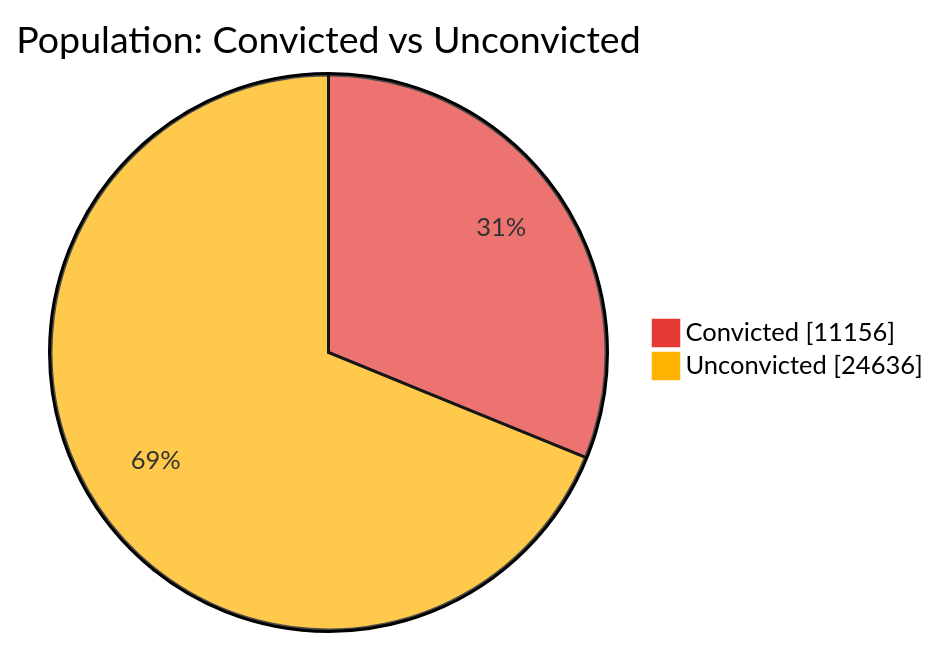
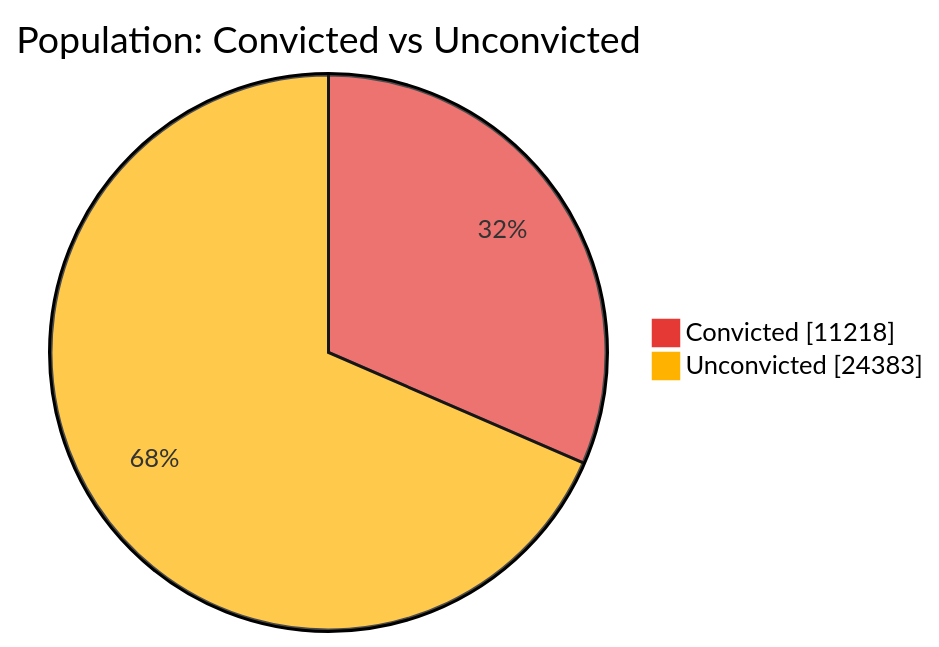
Before and after one commit to nuuuwan/lk_prisons: the first of 7 diagrams in README.md, drawn with Mermaid. The commit also changed other lines of this file and 1 other file, not shown here.

````diff
--- a/README.md
+++ b/README.md
@@ -43,6 +43,6 @@
 ```mermaid
 %%{init: {'themeVariables': {'pie1': '#E53935', 'pie2': '#FFB300'}}}%%
 pie showData title Population: Convicted vs Unconvicted
-    "Convicted" : 11156
-    "Unconvicted" : 24636
+    "Convicted" : 11218
+    "Unconvicted" : 24383
 ```
````
